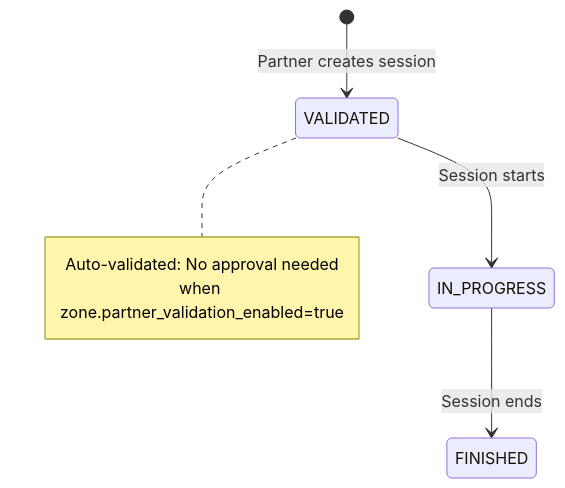
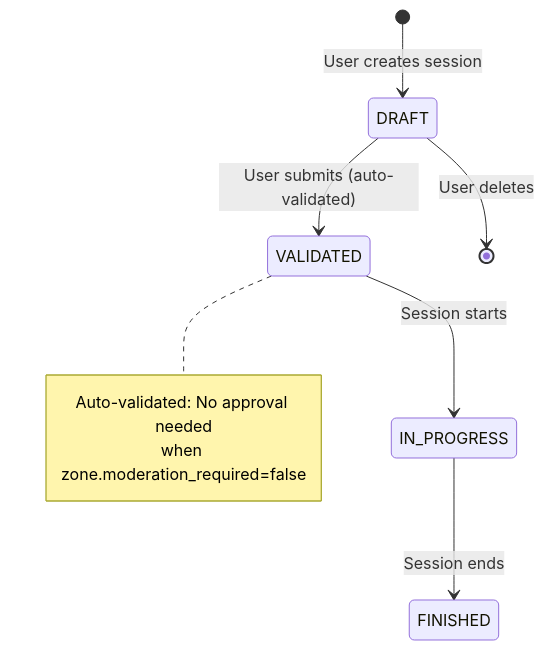
Before and after one commit to lolautruche/StructuraLudis: the second of 5 diagrams in backend/doc/session-workflow.md, drawn with Mermaid. The commit also changed other lines of this file and 18 other files, not shown here.

````diff
--- a/backend/doc/session-workflow.md
+++ b/backend/doc/session-workflow.md
@@ -68,12 +63,15 @@
 ```mermaid
 stateDiagram-v2
-    [*] --> VALIDATED : Partner creates session
+    [*] --> DRAFT : User creates session
+
+    DRAFT --> VALIDATED : User submits (auto-validated)
+    DRAFT --> [*] : User deletes
+
+    VALIDATED --> IN_PROGRESS : Session starts
+    IN_PROGRESS --> FINISHED : Session ends
 
     note right of VALIDATED
         Auto-validated: No approval needed
-        when zone.partner_validation_enabled=true
+        when zone.moderation_required=false
     end note
-
-    VALIDATED --> IN_PROGRESS : Session starts
-    IN_PROGRESS --> FINISHED : Session ends
 ```
````
